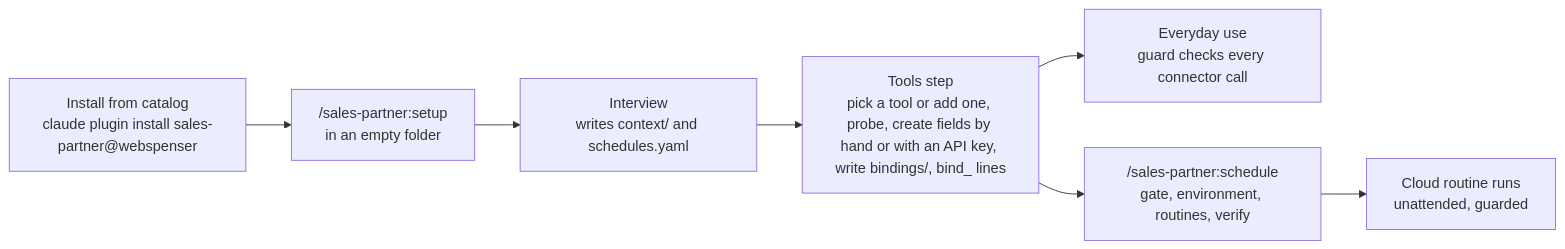
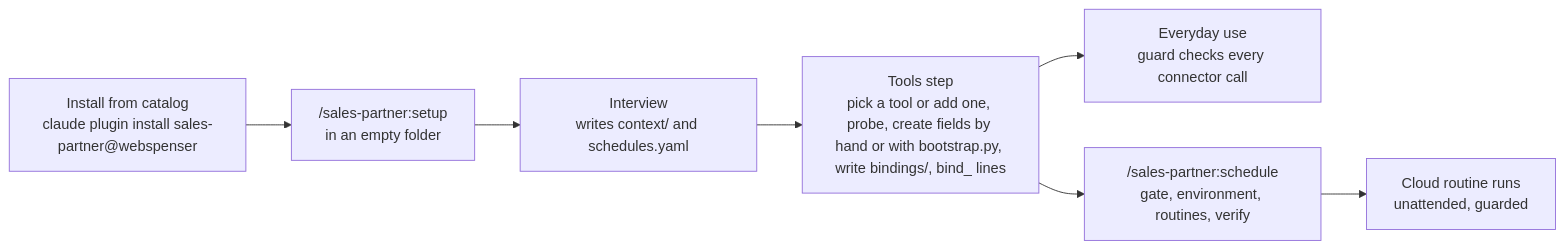
The first of 6 diagrams in docs/how-it-works.md (webspenser/agent-builder), drawn with Mermaid before and after one commit. The commit also changed other lines of this file, not shown here.

Commit message:
docs: how-it-works matches 4.0 and the HubSpot tool

````diff
--- a/docs/how-it-works.md
+++ b/docs/how-it-works.md
@@ -98,9 +99,9 @@
 ```mermaid
 flowchart LR
   A["Install from catalog<br/>claude plugin install sales-partner@webspenser"] --> B["/sales-partner:setup<br/>in an empty folder"]
   B --> C["Interview<br/>writes context/ and schedules.yaml"]
-  C --> D["Tools step<br/>pick a tool or add one, probe, create fields by hand or with an API key, write bindings/, bind_ lines"]
+  C --> D["Tools step<br/>pick a tool or add one, probe, create fields by hand or with bootstrap.py, write bindings/, bind_ lines"]
   D --> E["Everyday use<br/>guard checks every connector call"]
   D --> F["/sales-partner:schedule<br/>gate, environment, routines, verify"]
   F --> G["Cloud routine runs<br/>unattended, guarded"]
 ```
````
